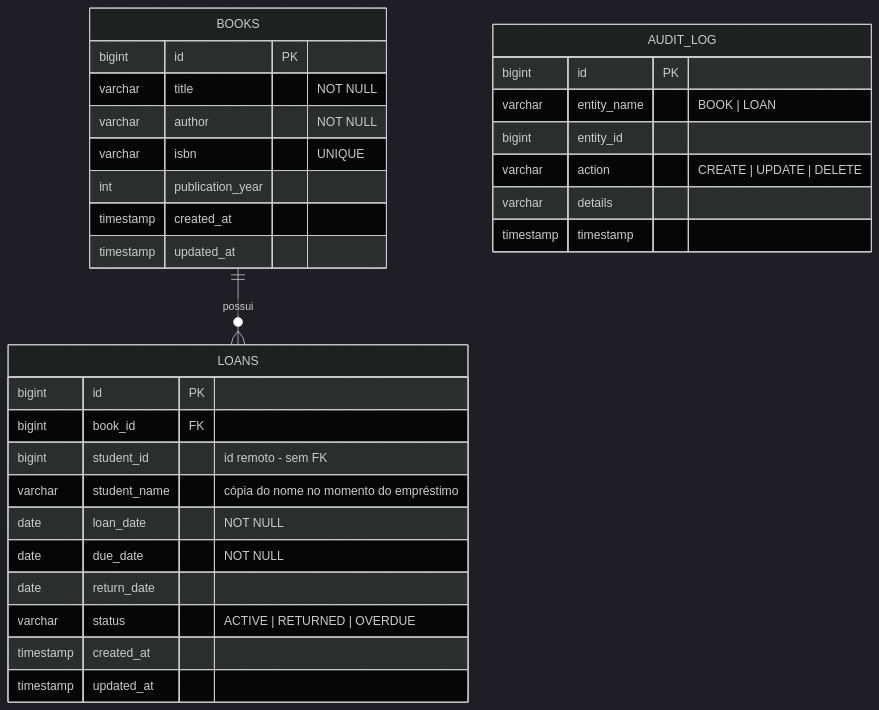
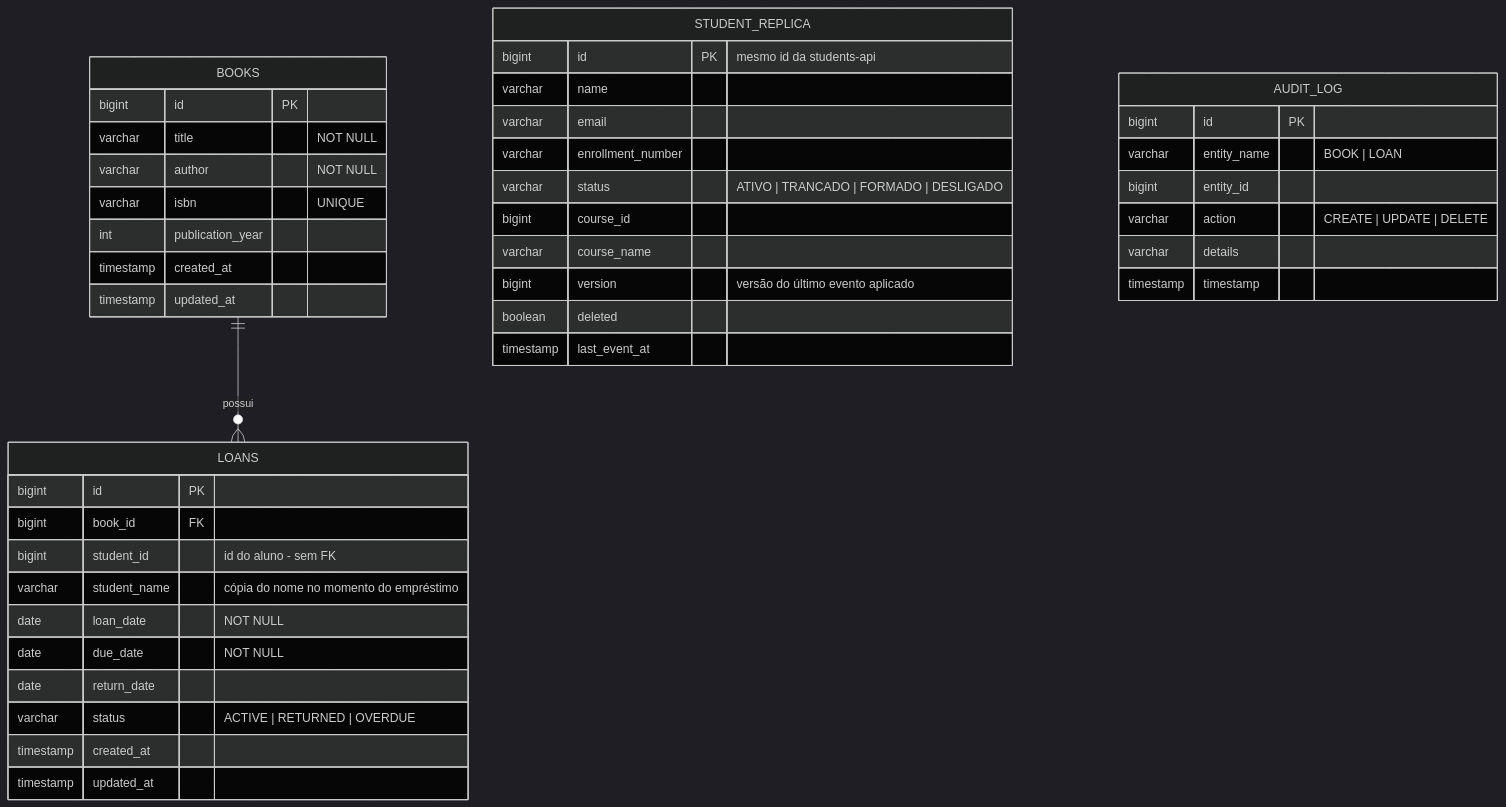
One commit to gustacassel/gustavo_cassel_PB_TP4 changed the second of 2 diagrams in library-api/README.md. Above: the diagram before and after it, drawn with Mermaid (dark theme). The commit also changed other lines of this file and 4 other files, not shown here.

Commit message:
Update documentation for event-driven architecture and set Vite port to 5173

````diff
--- a/library-api/README.md
+++ b/library-api/README.md
@@ -118,34 +112,46 @@
 ```mermaid
 erDiagram
     BOOKS ||--o{ LOANS : "possui"
 
     BOOKS {
         bigint id PK
         varchar title "NOT NULL"
         varchar author "NOT NULL"
         varchar isbn "UNIQUE"
         int publication_year
         timestamp created_at
         timestamp updated_at
     }
     LOANS {
         bigint id PK
         bigint book_id FK
-        bigint student_id "id remoto - sem FK"
+        bigint student_id "id do aluno - sem FK"
         varchar student_name "cópia do nome no momento do empréstimo"
         date loan_date "NOT NULL"
         date due_date "NOT NULL"
         date return_date
         varchar status "ACTIVE | RETURNED | OVERDUE"
         timestamp created_at
         timestamp updated_at
+    }
+    STUDENT_REPLICA {
+        bigint id PK "mesmo id da students-api"
+        varchar name
+        varchar email
+        varchar enrollment_number
+        varchar status "ATIVO | TRANCADO | FORMADO | DESLIGADO"
+        bigint course_id
+        varchar course_name
+        bigint version "versão do último evento aplicado"
+        boolean deleted
+        timestamp last_event_at
     }
     AUDIT_LOG {
         bigint id PK
         varchar entity_name "BOOK | LOAN"
         bigint entity_id
         varchar action "CREATE | UPDATE | DELETE"
         varchar details
         timestamp timestamp
     }
 ```
````
